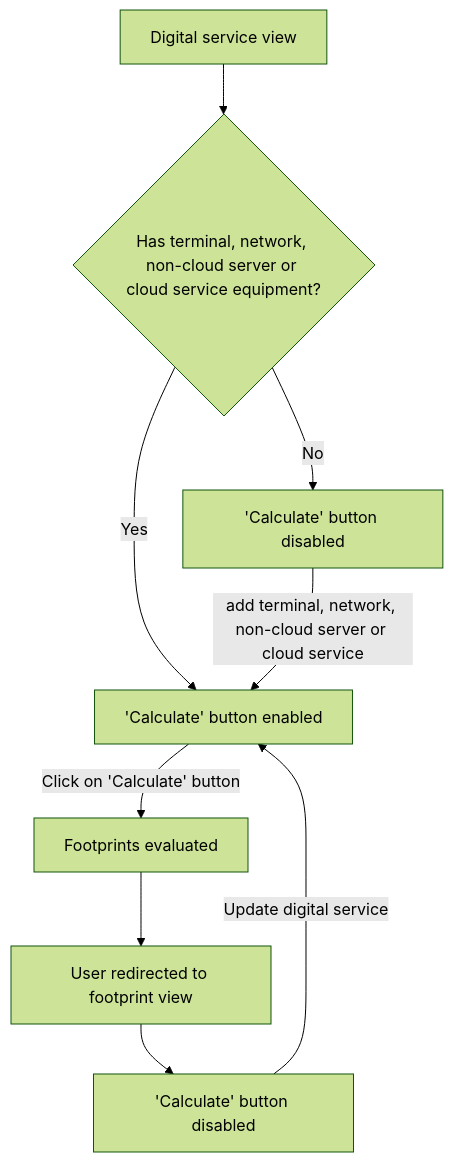
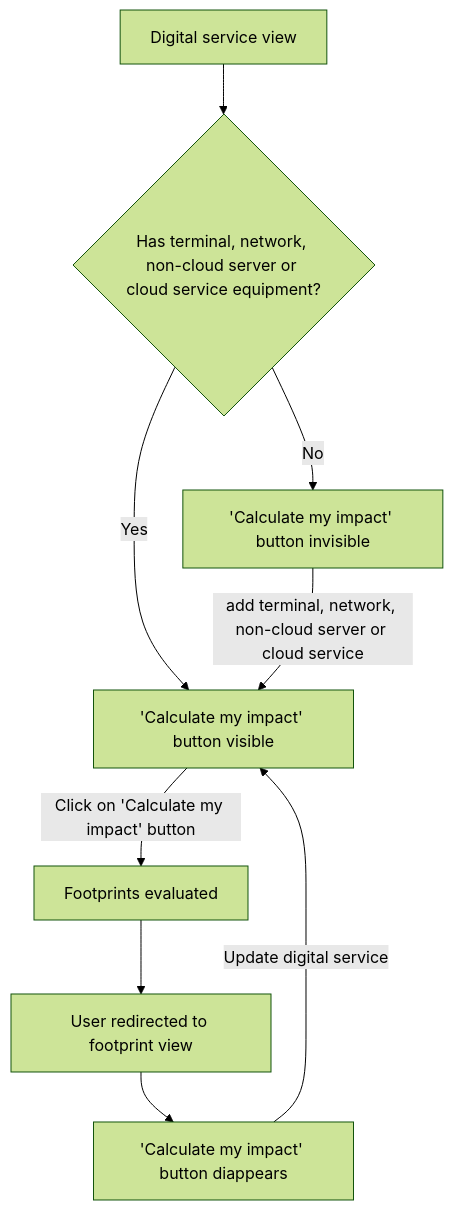
The first of 3 diagrams in services/documentation/content/2-functional-documentation/use_cases/uc_digital_services/uc4_launch_estimation.md (teamg4it/g4it), drawn with Mermaid (forest theme) before and after one commit. The commit also changed 4 other files, not shown here.

```diff
--- a/services/documentation/content/2-functional-documentation/use_cases/uc_digital_services/uc4_launch_estimation.md
+++ b/services/documentation/content/2-functional-documentation/use_cases/uc_digital_services/uc4_launch_estimation.md
@@ -25,8 +25,8 @@
 {{< mermaid align="center">}}
 graph TD;
 
 Step1[Digital service view]--> Decision1{Has terminal, network, non-cloud server or cloud service equipment?}
-Decision1 -->|Yes|Step2['Calculate' button enabled]
-Decision1 -->|No|Step3['Calculate' button disabled] --> |add terminal, network, non-cloud server or cloud service|Step2-->|Click on 'Calculate' button|Step4[Footprints evaluated]-->Step5[User redirected to footprint view] -->Step6['Calculate' button disabled]-->|Update digital service|Step2
+Decision1 -->|Yes|Step2['Calculate my impact' button visible]
+Decision1 -->|No|Step3['Calculate my impact' button invisible] --> |add terminal, network, non-cloud server or cloud service|Step2-->|Click on 'Calculate my impact' button|Step4[Footprints evaluated]-->Step5[User redirected to footprint view] -->Step6['Calculate my impact' button diappears]-->|Update digital service|Step2
 
 {{< /mermaid >}}
```
